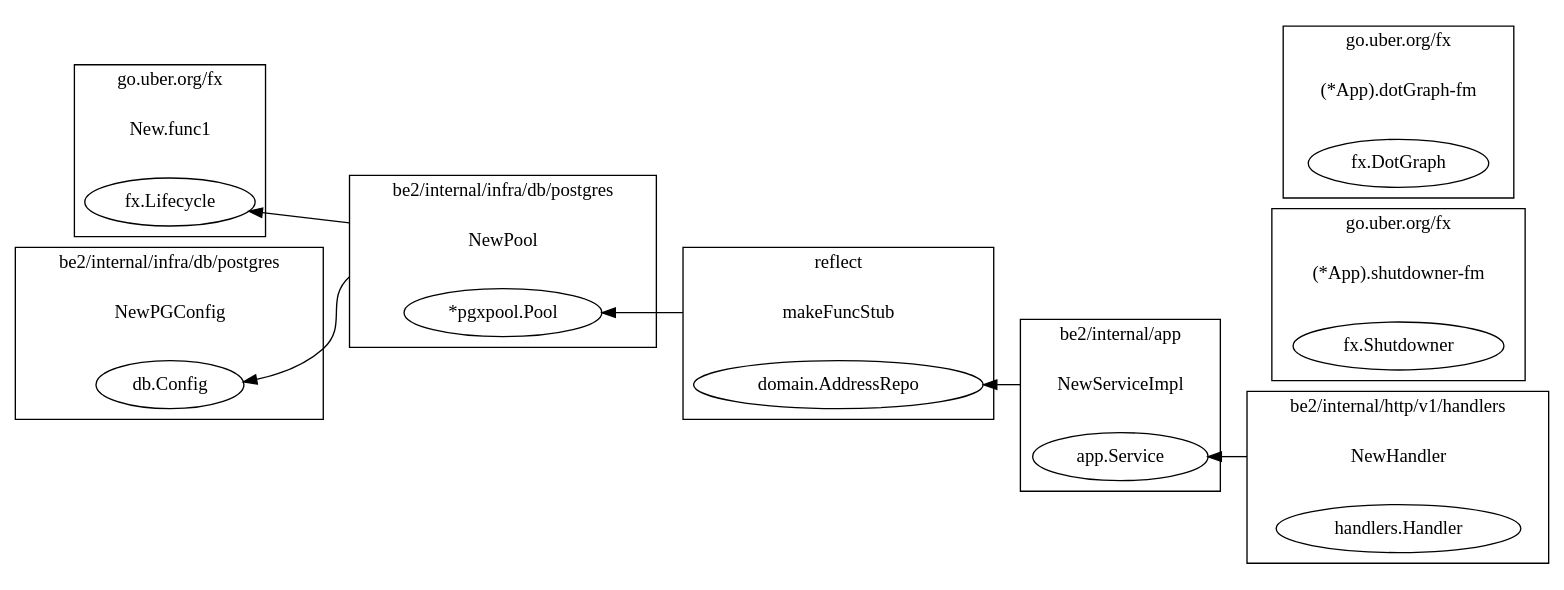
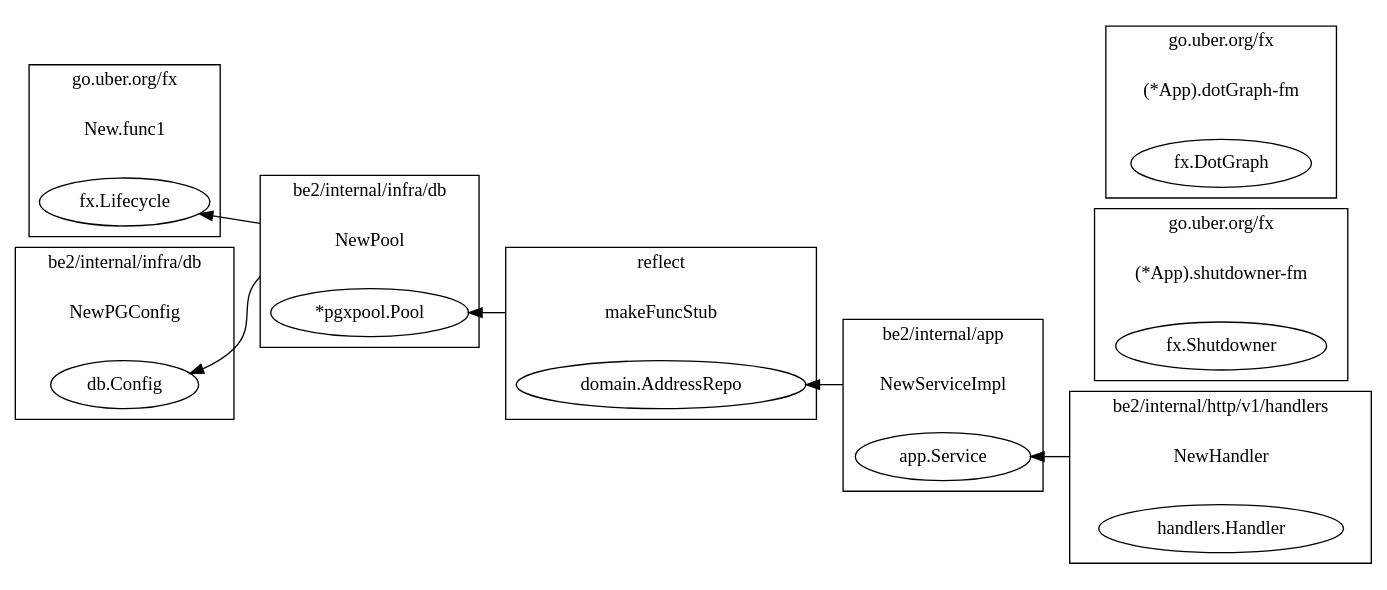
Before and after one commit to aldz231188/be2: the diagram in src/graph.dot, drawn with Graphviz. The commit also changed 17 other files, not shown here.

```diff
--- a/src/graph.dot
+++ b/src/graph.dot
@@ -1,49 +1,49 @@
 digraph {
 	rankdir=RL;
 	graph [compound=true];
 	subgraph cluster_0 {
 		label = "go.uber.org/fx";
 		constructor_0 [shape=plaintext label="New.func1"];
 		"fx.Lifecycle" [label=<fx.Lifecycle>];
 	}
 	subgraph cluster_1 {
 		label = "go.uber.org/fx";
 		constructor_1 [shape=plaintext label="(*App).shutdowner-fm"];
 		"fx.Shutdowner" [label=<fx.Shutdowner>];
 	}
 	subgraph cluster_2 {
 		label = "go.uber.org/fx";
 		constructor_2 [shape=plaintext label="(*App).dotGraph-fm"];
 		"fx.DotGraph" [label=<fx.DotGraph>];
 	}
 	subgraph cluster_3 {
-		label = "be2/internal/infra/db/postgres";
+		label = "be2/internal/infra/db";
 		constructor_3 [shape=plaintext label="NewPGConfig"];
 		"db.Config" [label=<db.Config>];
 	}
 	subgraph cluster_4 {
-		label = "be2/internal/infra/db/postgres";
+		label = "be2/internal/infra/db";
 		constructor_4 [shape=plaintext label="NewPool"];
 		"*pgxpool.Pool" [label=<*pgxpool.Pool>];
 	}
 	constructor_4 -> "fx.Lifecycle" [ltail=cluster_4];
 	constructor_4 -> "db.Config" [ltail=cluster_4];
 	subgraph cluster_5 {
 		label = "reflect";
 		constructor_5 [shape=plaintext label="makeFuncStub"];
 		"domain.AddressRepo" [label=<domain.AddressRepo>];
 	}
 	constructor_5 -> "*pgxpool.Pool" [ltail=cluster_5];
 	subgraph cluster_6 {
 		label = "be2/internal/app";
 		constructor_6 [shape=plaintext label="NewServiceImpl"];
 		"app.Service" [label=<app.Service>];
 	}
 	constructor_6 -> "domain.AddressRepo" [ltail=cluster_6];
 	subgraph cluster_7 {
 		label = "be2/internal/http/v1/handlers";
 		constructor_7 [shape=plaintext label="NewHandler"];
 		"handlers.Handler" [label=<handlers.Handler>];
 	}
 	constructor_7 -> "app.Service" [ltail=cluster_7];
 }
```
